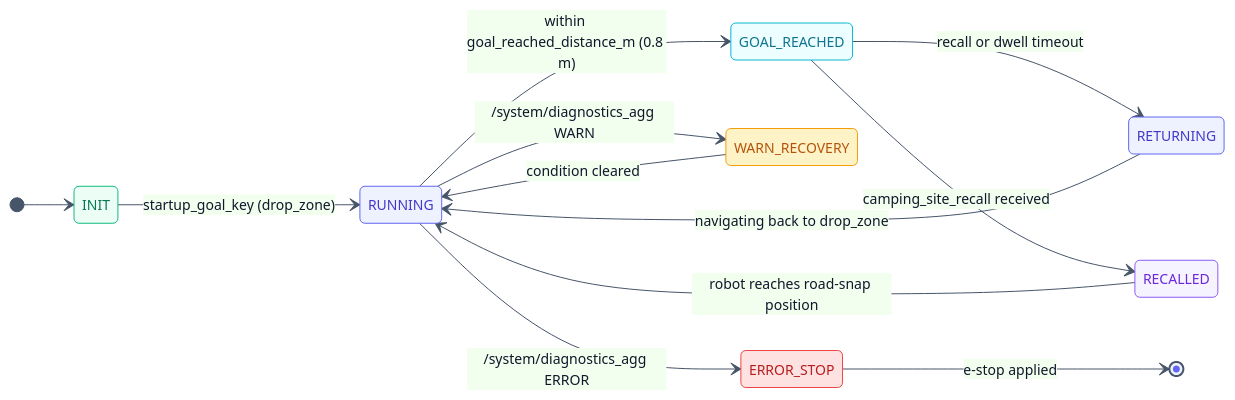
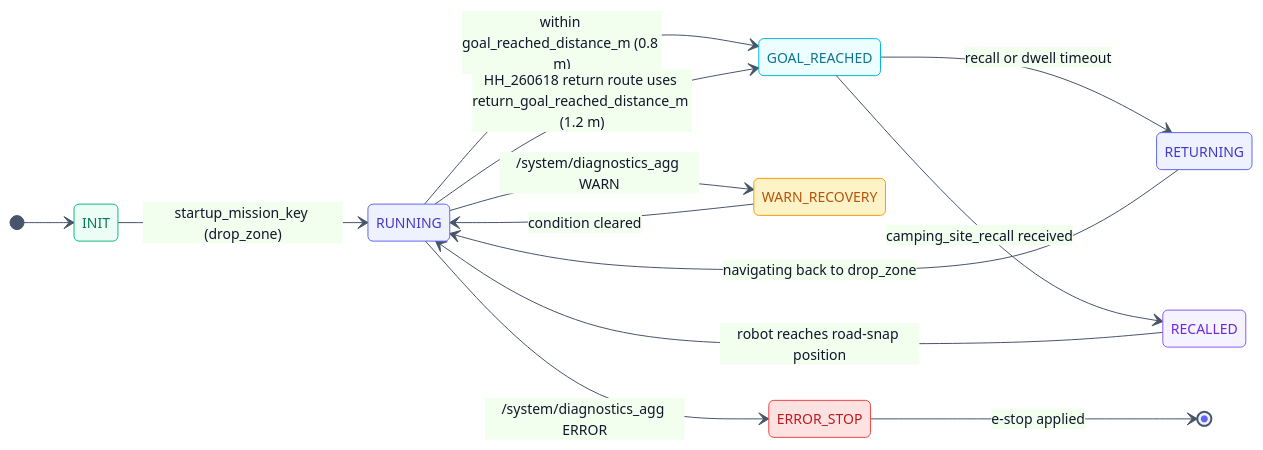
One commit to hwanhonglee/CAMROD changed the third of 4 diagrams in camrod_planning/README.md. Above: the diagram before and after it, drawn with Mermaid. The commit also changed other lines of this file and 184 other files, not shown here.

````diff
--- a/camrod_planning/README.md
+++ b/camrod_planning/README.md
@@ -353,31 +389,32 @@
 ```mermaid
 %%{init: {'theme': 'base', 'themeVariables': {'fontFamily': 'ui-sans-serif, system-ui, sans-serif', 'fontSize': '14px', 'primaryColor': '#EEF2FF', 'primaryTextColor': '#0F172A', 'primaryBorderColor': '#6366F1', 'lineColor': '#475569'}}}%%
 stateDiagram-v2
   direction LR
   classDef normal  fill:#ECFDF5,stroke:#10B981,color:#047857
   classDef running fill:#EEF2FF,stroke:#6366F1,color:#4338CA
   classDef reached fill:#ECFEFF,stroke:#06B6D4,color:#0E7490
   classDef recall  fill:#F5F3FF,stroke:#8B5CF6,color:#6D28D9
   classDef warn    fill:#FEF3C7,stroke:#F59E0B,color:#B45309
   classDef error   fill:#FEE2E2,stroke:#EF4444,color:#B91C1C
 
   [*] --> INIT
-  INIT --> RUNNING : startup_goal_key (drop_zone)
+  INIT --> RUNNING : startup_mission_key (drop_zone)
   RUNNING --> GOAL_REACHED : within goal_reached_distance_m (0.8 m)
+  RUNNING --> GOAL_REACHED : HH_260618 return route uses return_goal_reached_distance_m (1.2 m)
   GOAL_REACHED --> RETURNING : recall or dwell timeout
   GOAL_REACHED --> RECALLED : camping_site_recall received
   RECALLED --> RUNNING : robot reaches road-snap position
   RETURNING --> RUNNING : navigating back to drop_zone
   RUNNING --> WARN_RECOVERY : /system/diagnostics_agg WARN
   RUNNING --> ERROR_STOP : /system/diagnostics_agg ERROR
   WARN_RECOVERY --> RUNNING : condition cleared
   ERROR_STOP --> [*] : e-stop applied
 
   class INIT normal
   class RUNNING running
   class GOAL_REACHED reached
   class RECALLED recall
   class RETURNING running
   class WARN_RECOVERY warn
   class ERROR_STOP error
 ```
````
